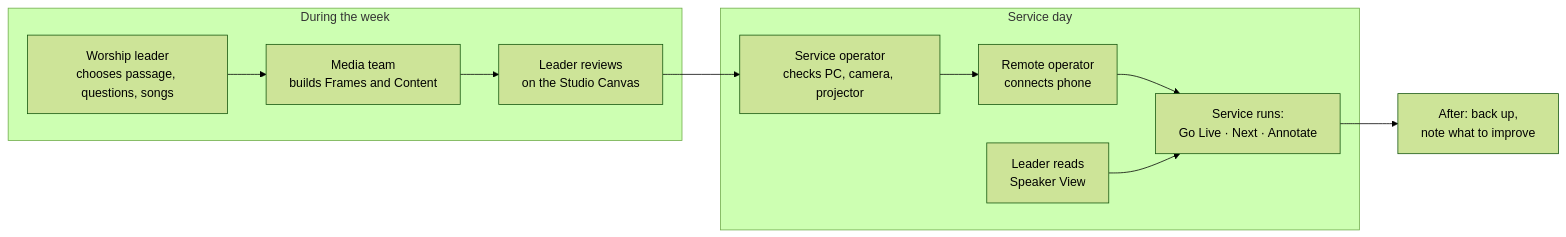
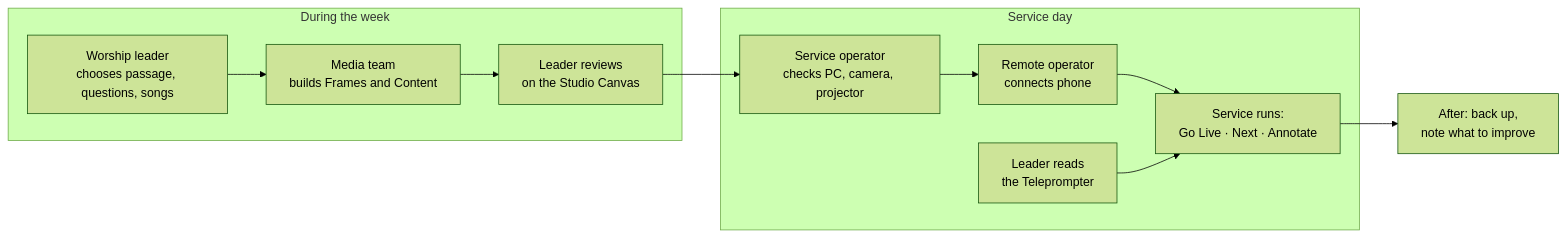
The diagram in docs/ministry/README.md (mshobin/FrameDecks), drawn with Mermaid (forest theme) before and after one commit. The commit also changed other lines of this file and 18 other files, not shown here.

````diff
--- a/docs/ministry/README.md
+++ b/docs/ministry/README.md
@@ -30,14 +30,14 @@
 ```mermaid
 flowchart LR
   subgraph Week["During the week"]
     WL["Worship leader<br/>chooses passage, questions, songs"] --> MT["Media team<br/>builds Frames and Content"]
     MT --> RV["Leader reviews<br/>on the Studio Canvas"]
   end
   subgraph Sunday["Service day"]
     SO["Service operator<br/>checks PC, camera, projector"] --> RO["Remote operator<br/>connects phone"]
     RO --> LIVE["Service runs:<br/>Go Live · Next · Annotate"]
-    WL2["Leader reads<br/>Speaker View"] --> LIVE
+    WL2["Leader reads<br/>the Teleprompter"] --> LIVE
   end
   RV --> SO
   LIVE --> AFTER["After: back up,<br/>note what to improve"]
 ```
````
